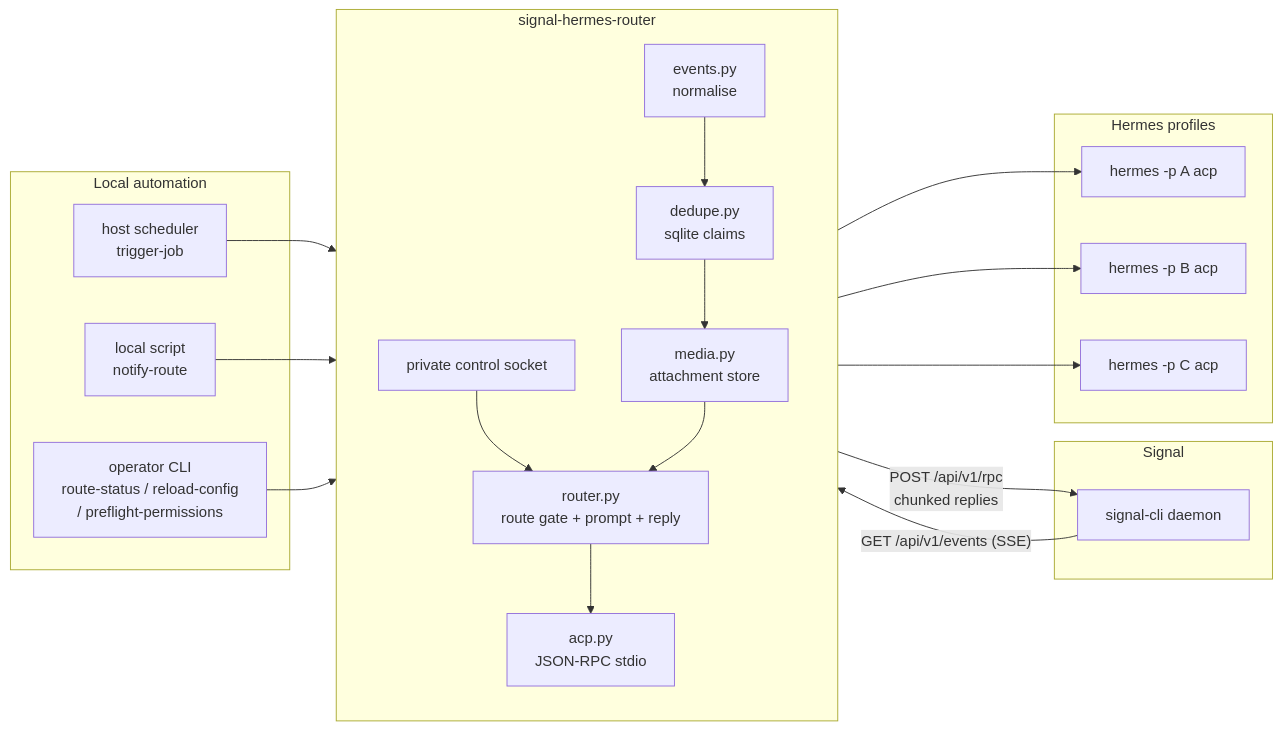
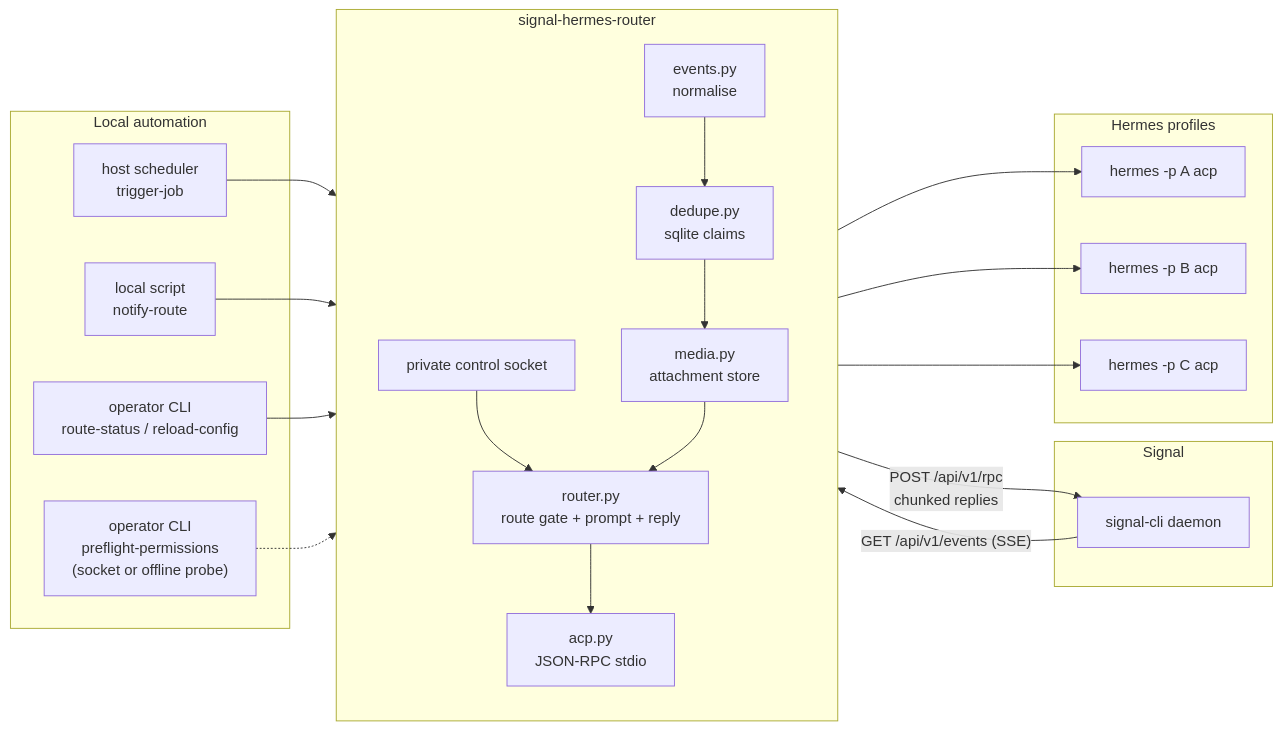
The diagram in README.md (deadmanoz/signal-hermes-router), drawn with Mermaid before and after one commit. The commit also changed other lines of this file, not shown here.

Commit message:
docs(readme): drop stale upstream status.py line anchor, note offline preflight path

````diff
--- a/README.md
+++ b/README.md
@@ -13,39 +13,41 @@
 ```mermaid
 flowchart LR
     subgraph upstream["Signal"]
         cli["signal-cli daemon"]
     end
 
     subgraph local["Local automation"]
         sched["host scheduler<br/>trigger-job"]
         script["local script<br/>notify-route"]
-        ops["operator CLI<br/>route-status / reload-config<br/>/ preflight-permissions"]
+        ops["operator CLI<br/>route-status / reload-config"]
+        probe["operator CLI<br/>preflight-permissions<br/>(socket or offline probe)"]
     end
 
     subgraph router["signal-hermes-router"]
         direction TB
         ev["events.py<br/>normalise"]
         dd["dedupe.py<br/>sqlite claims"]
         med["media.py<br/>attachment store"]
         rt["router.py<br/>route gate + prompt + reply"]
         acp["acp.py<br/>JSON-RPC stdio"]
         sock["private control socket"]
         sock --> rt
         ev --> dd --> med --> rt --> acp
     end
 
     subgraph profiles["Hermes profiles"]
         pa["hermes -p A acp"]
         pb["hermes -p B acp"]
         pc["hermes -p C acp"]
     end
 
     cli -- "GET /api/v1/events (SSE)" --> ev
     sched --> sock
     script --> sock
     ops --> sock
+    probe -.-> sock
     acp --> pa
     acp --> pb
     acp --> pc
     rt -- "POST /api/v1/rpc<br/>chunked replies" --> cli
 ```
````
